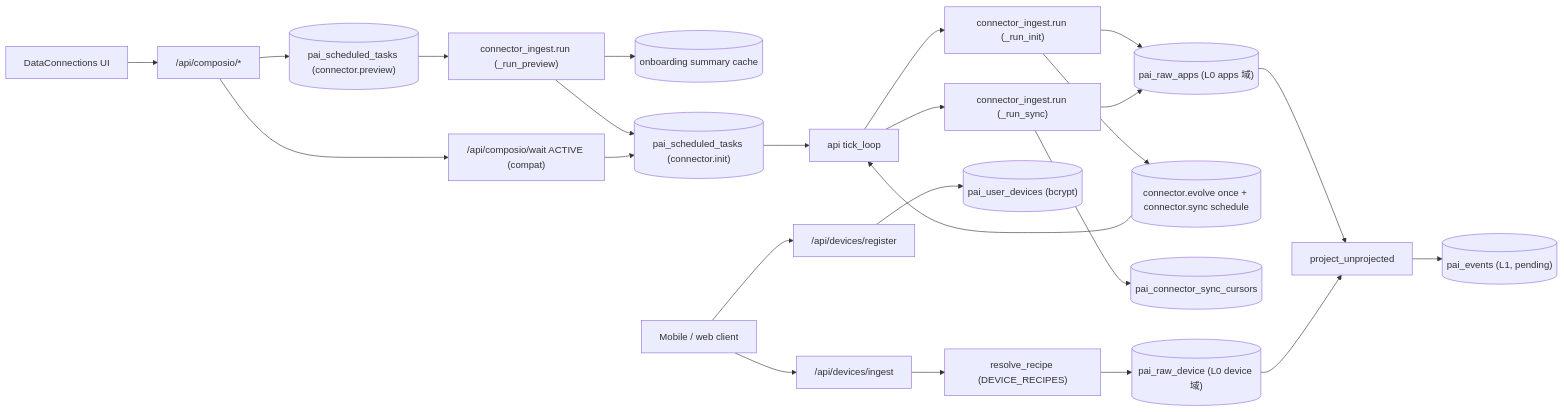
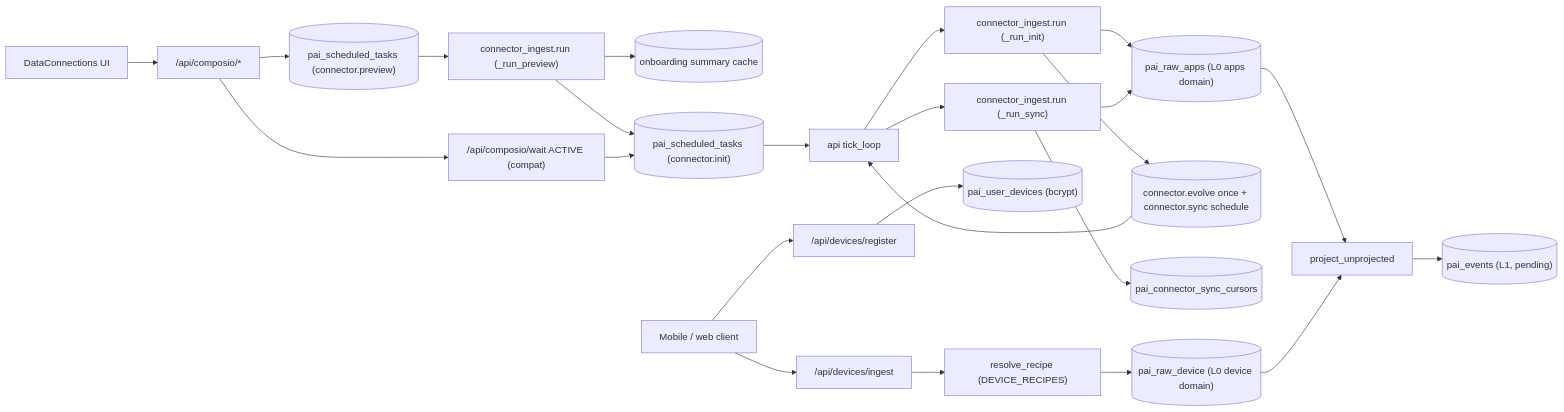
The first of 4 diagrams in docs/modules/data-connectors.mdx (Edge-AI-HQ/proactive-assistant), drawn with Mermaid before and after one commit. The commit also changed other lines of this file and 12 other files, not shown here.

````diff
--- a/docs/modules/data-connectors.mdx
+++ b/docs/modules/data-connectors.mdx
@@ -15,26 +15,26 @@
 ```mermaid
 flowchart LR
   UI["DataConnections UI"] --> Composio["/api/composio/*"]
   Composio --> PreviewQ[("pai_scheduled_tasks (connector.preview)")]
   PreviewQ --> PreviewH["connector_ingest.run (_run_preview)"]
   PreviewH --> Summary[("onboarding summary cache")]
   PreviewH --> Q[("pai_scheduled_tasks (connector.init)")]
   Composio --> Wait["/api/composio/wait ACTIVE (compat)"]
   Wait --> Q
   Q --> Sched["api tick_loop"]
   Sched --> InitH["connector_ingest.run (_run_init)"]
-  InitH --> Raw[("pai_raw_apps (L0 apps 域)")]
+  InitH --> Raw[("pai_raw_apps (L0 apps domain)")]
   Raw --> Proj["project_unprojected"]
   Proj --> Events[("pai_events (L1, pending)")]
   InitH --> Q2[("connector.evolve once + connector.sync schedule")]
   Q2 --> Sched
   Sched --> SyncH["connector_ingest.run (_run_sync)"]
   SyncH --> Cursors[("pai_connector_sync_cursors")]
   SyncH --> Raw
   Mobile["Mobile / web client"] --> Reg["/api/devices/register"]
   Reg --> Devices[("pai_user_devices (bcrypt)")]
   Mobile --> Ingest["/api/devices/ingest"]
   Ingest --> Recipes["resolve_recipe (DEVICE_RECIPES)"]
-  Recipes --> RawDev[("pai_raw_device (L0 device 域)")]
+  Recipes --> RawDev[("pai_raw_device (L0 device domain)")]
   RawDev --> Proj
 ```
````
